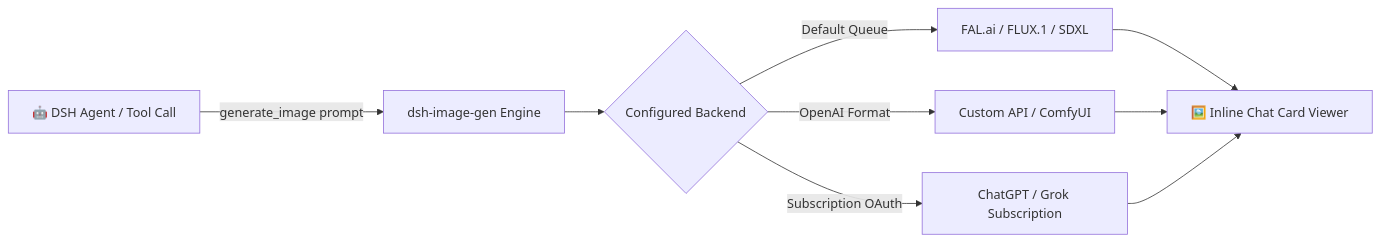
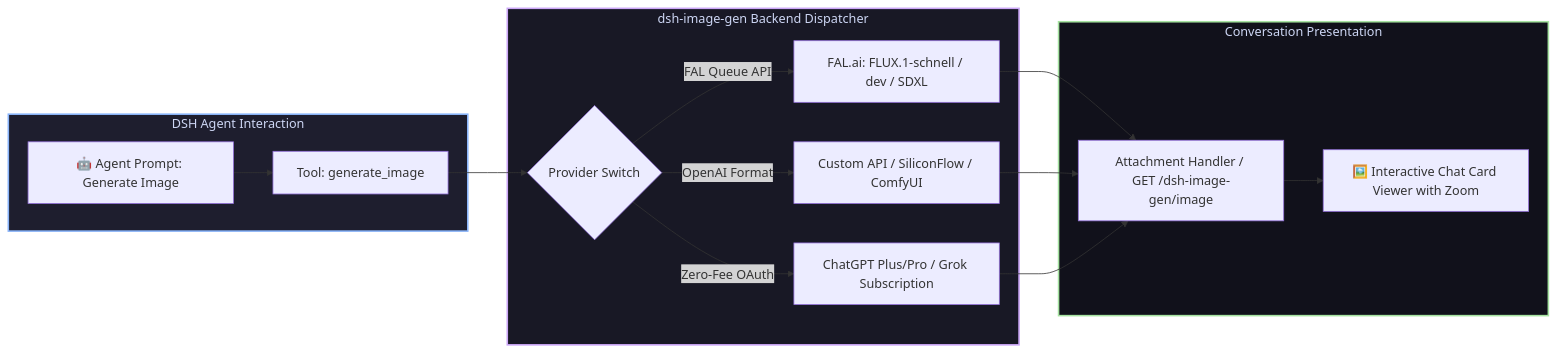
Before and after one commit to GooDAnDReaDY/dsh-image-gen: the diagram in README.md, drawn with Mermaid. The commit also changed other lines of this file and 2 other files, not shown here.

Commit message:
docs: expand dsh-image-gen with full multi-backend architecture, delivery modes & parameter tables

````diff
--- a/README.md
+++ b/README.md
@@ -28,13 +28,24 @@
 ```mermaid
 graph LR
-    Agent[🤖 DSH Agent / Tool Call] -->|generate_image prompt| Plugin[dsh-image-gen Engine]
-    Plugin --> Switch{Configured Backend}
-    
-    Switch -->|Default Queue| FAL[FAL.ai / FLUX.1 / SDXL]
-    Switch -->|OpenAI Format| Custom[Custom API / ComfyUI]
-    Switch -->|Subscription OAuth| Codex[ChatGPT / Grok Subscription]
-    
-    FAL --> Viewer[🖼️ Inline Chat Card Viewer]
-    Custom --> Viewer
-    Codex --> Viewer
+    subgraph Trigger [DSH Agent Interaction]
+        Agent[🤖 Agent Prompt: Generate Image] --> ToolCall[Tool: generate_image]
+    end
+
+    subgraph Dispatcher [dsh-image-gen Backend Dispatcher]
+        ToolCall --> Router{Provider Switch}
+        Router -->|FAL Queue API| FAL[FAL.ai: FLUX.1-schnell / dev / SDXL]
+        Router -->|OpenAI Format| Custom[Custom API / SiliconFlow / ComfyUI]
+        Router -->|Zero-Fee OAuth| Codex[ChatGPT Plus/Pro / Grok Subscription]
+    end
+
+    subgraph Delivery [Conversation Presentation]
+        FAL --> Handler[Attachment Handler / GET /dsh-image-gen/image]
+        Custom --> Handler
+        Codex --> Handler
+        Handler --> Viewer[🖼️ Interactive Chat Card Viewer with Zoom]
+    end
+
+    style Trigger fill:#1e1e2e,stroke:#89b4fa,stroke-width:2px,color:#cdd6f4
+    style Dispatcher fill:#181825,stroke:#cba6f7,stroke-width:2px,color:#cdd6f4
+    style Delivery fill:#11111b,stroke:#a6e3a1,stroke-width:2px,color:#cdd6f4
 ```
````
